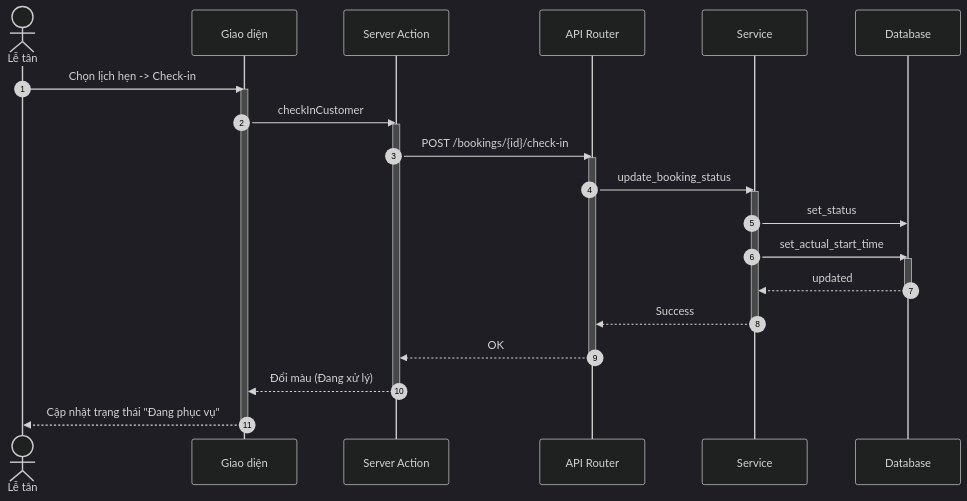
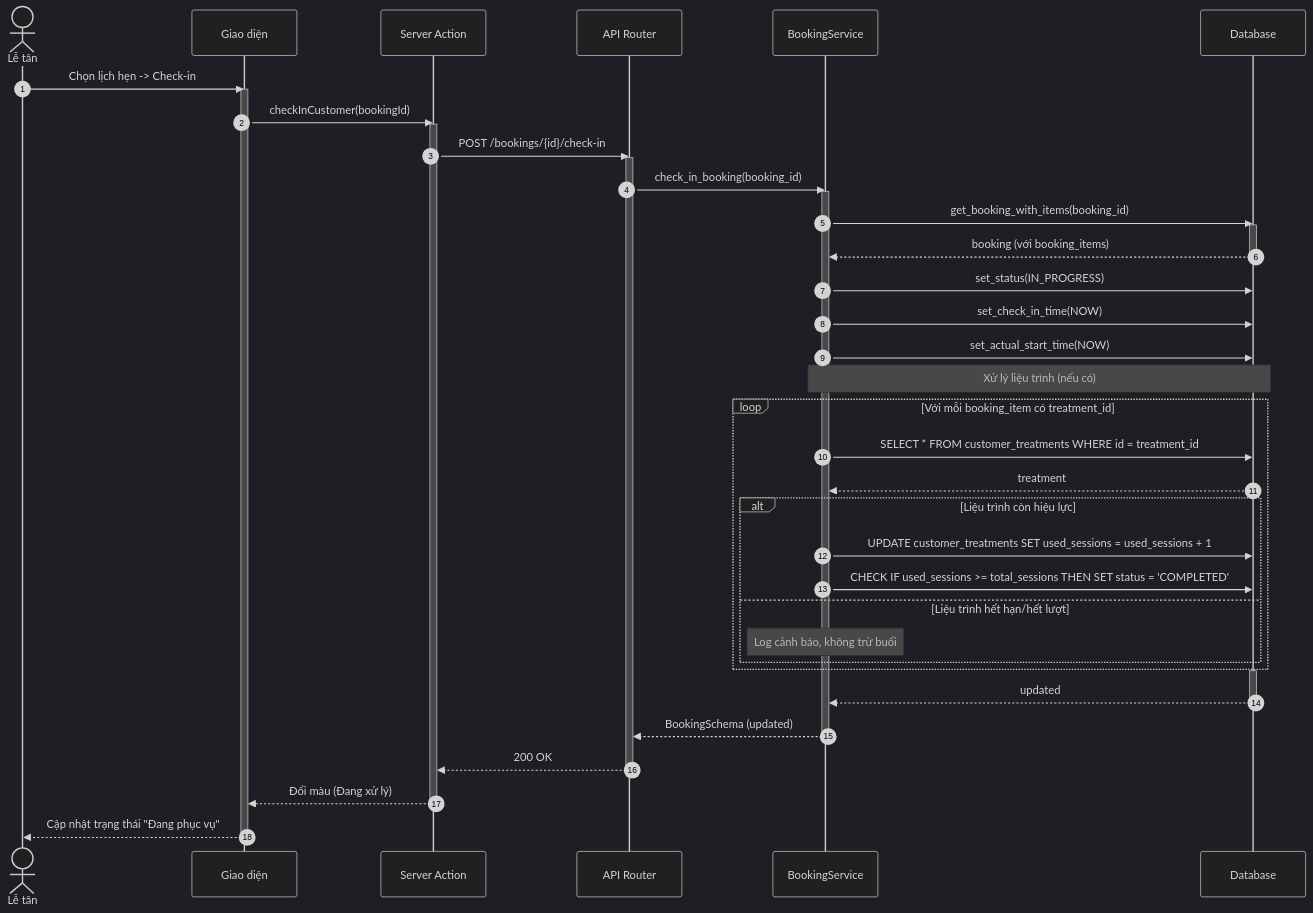
One commit to ngoctinn/Synapse changed the third of 5 diagrams in docs/design/sequences/receptionist_flows.md. Above: the diagram before and after it, drawn with Mermaid (dark theme). The commit also changed other lines of this file and 6 other files, not shown here.

Commit message:
feat: add comprehensive database design v2.2 documentation with ERD and SQL script, along with initial design and antigravity docs.

````diff
--- a/docs/design/sequences/receptionist_flows.md
+++ b/docs/design/sequences/receptionist_flows.md
@@ -130,39 +130,58 @@
 ```mermaid
 sequenceDiagram
     autonumber
     actor LT as Lễ tân
     participant UI as Giao diện
     participant BFF as Server Action
     participant API as API Router
-    participant S as Service
+    participant S as BookingService
     participant DB as Database
 
     LT->>UI: Chọn lịch hẹn -> Check-in
     activate UI
-    UI->>BFF: checkInCustomer
+    UI->>BFF: checkInCustomer(bookingId)
     activate BFF
 
     BFF->>API: POST /bookings/{id}/check-in
     activate API
 
-    API->>S: update_booking_status
+    API->>S: check_in_booking(booking_id)
     activate S
 
-    S->>DB: set_status
-    S->>DB: set_actual_start_time
+    S->>DB: get_booking_with_items(booking_id)
+    activate DB
+    DB-->>S: booking (với booking_items)
+    deactivate DB
+
+    S->>DB: set_status(IN_PROGRESS)
+    S->>DB: set_check_in_time(NOW)
+    S->>DB: set_actual_start_time(NOW)
+
+    Note over S,DB: Xử lý liệu trình (nếu có)
+    loop Với mỗi booking_item có treatment_id
+        S->>DB: SELECT * FROM customer_treatments WHERE id = treatment_id
+        DB-->>S: treatment
+        alt Liệu trình còn hiệu lực
+            S->>DB: UPDATE customer_treatments SET used_sessions = used_sessions + 1
+            S->>DB: CHECK IF used_sessions >= total_sessions THEN SET status = 'COMPLETED'
+        else Liệu trình hết hạn/hết lượt
+            Note over S: Log cảnh báo, không trừ buổi
+        end
+    end
+
     activate DB
     DB-->>S: updated
     deactivate DB
 
-    S-->>API: Success
+    S-->>API: BookingSchema (updated)
     deactivate S
 
-    API-->>BFF: OK
+    API-->>BFF: 200 OK
     deactivate API
 
     BFF-->>UI: Đổi màu (Đang xử lý)
     deactivate BFF
 
     UI-->>LT: Cập nhật trạng thái "Đang phục vụ"
     deactivate UI
 ```
````
